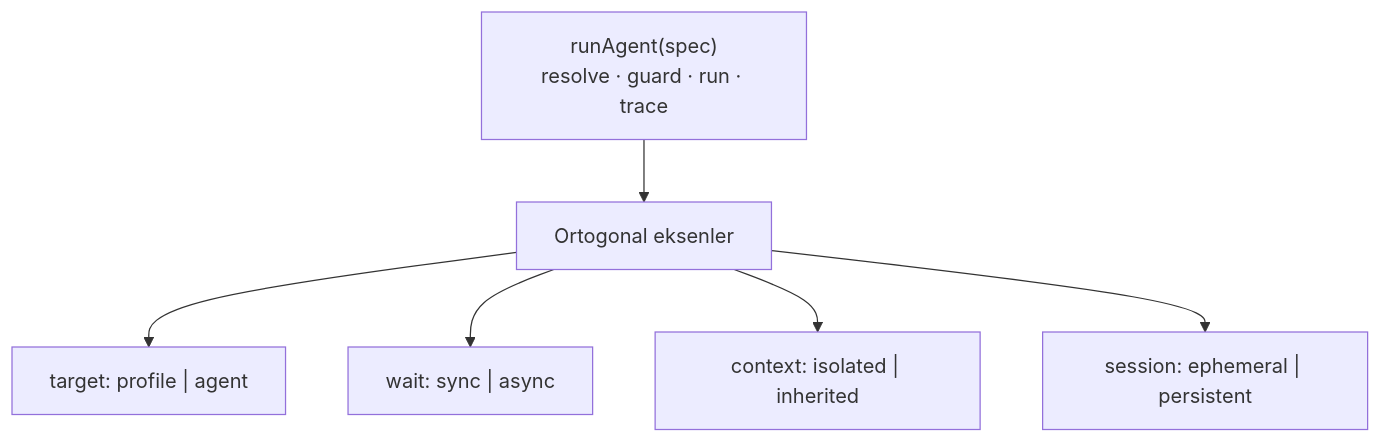
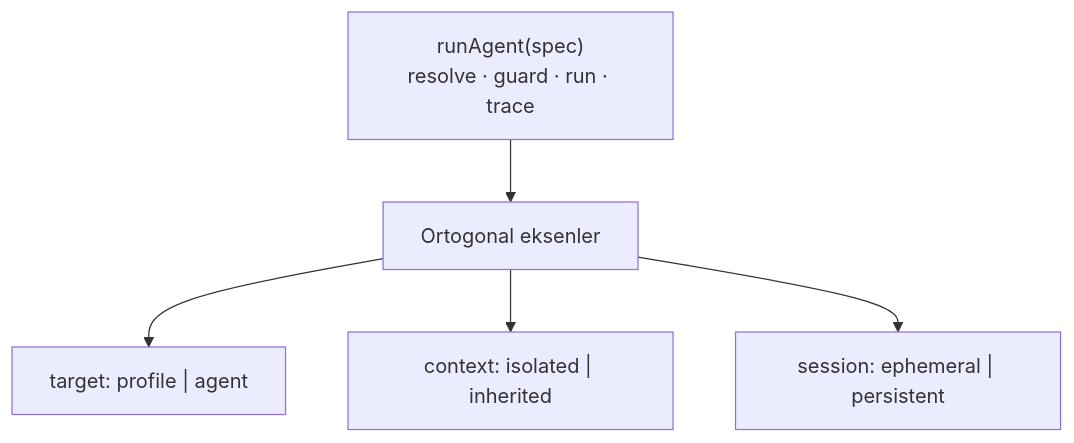
The first of 2 diagrams in _Docs/25-SUBAGENT-ISOLATION.md (bilal-arikan/tionharness), drawn with Mermaid before and after one commit. The commit also changed other lines of this file and 24 other files, not shown here.

````diff
--- a/_Docs/25-SUBAGENT-ISOLATION.md
+++ b/_Docs/25-SUBAGENT-ISOLATION.md
@@ -56,9 +56,8 @@
 ```mermaid
 graph TD
     CORE["runAgent(spec)<br/>resolve · guard · run · trace"]
     CORE --> AX["Ortogonal eksenler"]
     AX --> E1["target: profile | agent"]
-    AX --> E2["wait: sync | async"]
     AX --> E3["context: isolated | inherited"]
     AX --> E4["session: ephemeral | persistent"]
 ```
````
